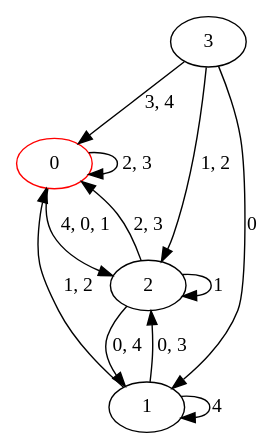
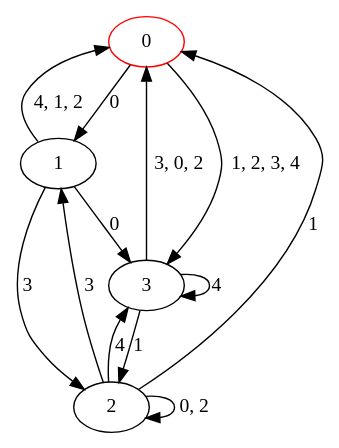
The diagram in automata/res/dfa_s4_r5/s4_r5.dot (Jakub-Ciecierski/AutomatonOptimization), drawn with Graphviz before and after one commit. The commit also changed 41 other files, not shown here.

```diff
--- a/automata/res/dfa_s4_r5/s4_r5.dot
+++ b/automata/res/dfa_s4_r5/s4_r5.dot
@@ -1,17 +1,18 @@
 digraph g {
 0 [label= "0"] [color="red"];
 1 [label= "1"];
 2 [label= "2"];
 3 [label= "3"];
-1 -> 1[label= "4"];
-2 -> 2[label= "1"];
-3 -> 1[label= "0"];
-0 -> 0[label= "2, 3"];
-0 -> 2[label= "4, 0, 1"];
-1 -> 2[label= "0, 3"];
-1 -> 0[label= "1, 2"];
-2 -> 1[label= "0, 4"];
-2 -> 0[label= "2, 3"];
-3 -> 2[label= "1, 2"];
-3 -> 0[label= "3, 4"];
+0 -> 1[label= "0"];
+1 -> 3[label= "0"];
+1 -> 2[label= "3"];
+2 -> 0[label= "1"];
+2 -> 1[label= "3"];
+2 -> 3[label= "4"];
+3 -> 2[label= "1"];
+3 -> 3[label= "4"];
+1 -> 0[label= "4, 1, 2"];
+2 -> 2[label= "0, 2"];
+3 -> 0[label= "3, 0, 2"];
+0 -> 3[label= "1, 2, 3, 4"];
 }
```
